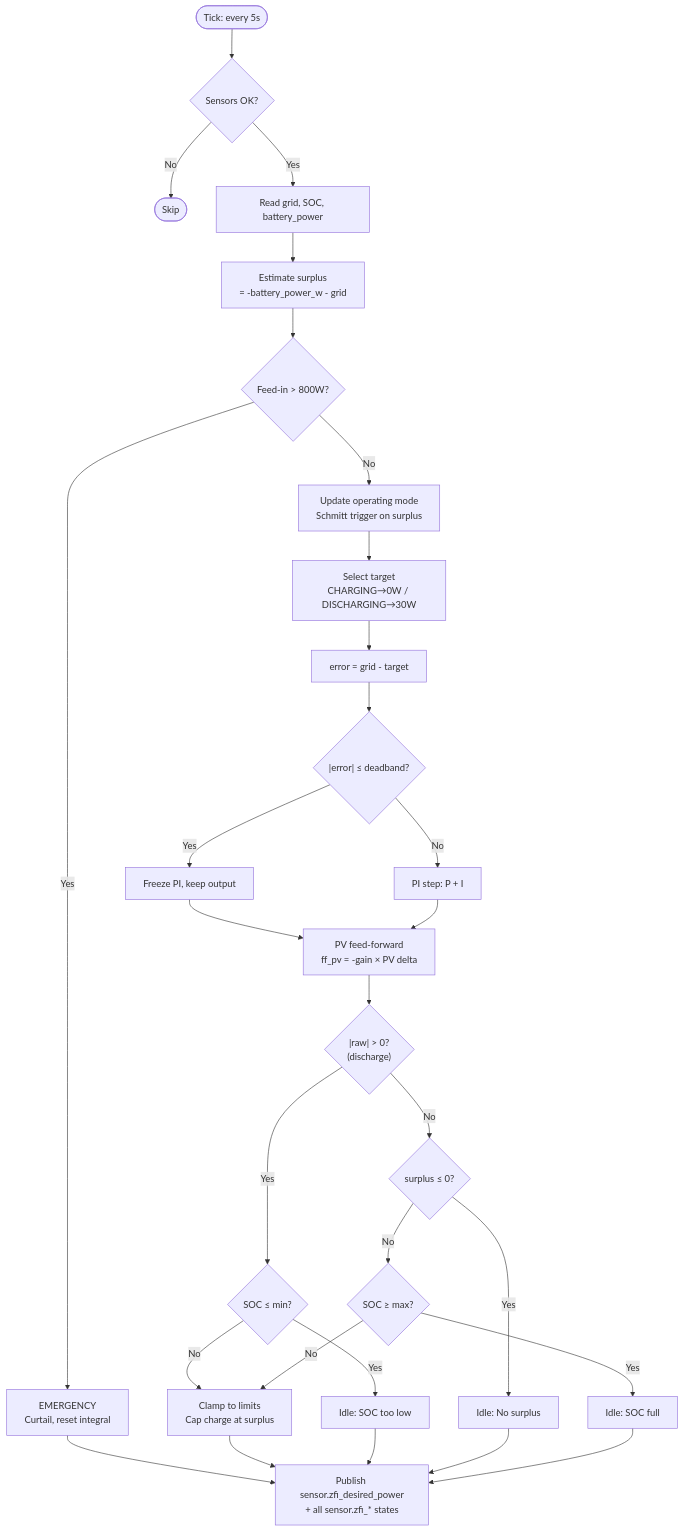
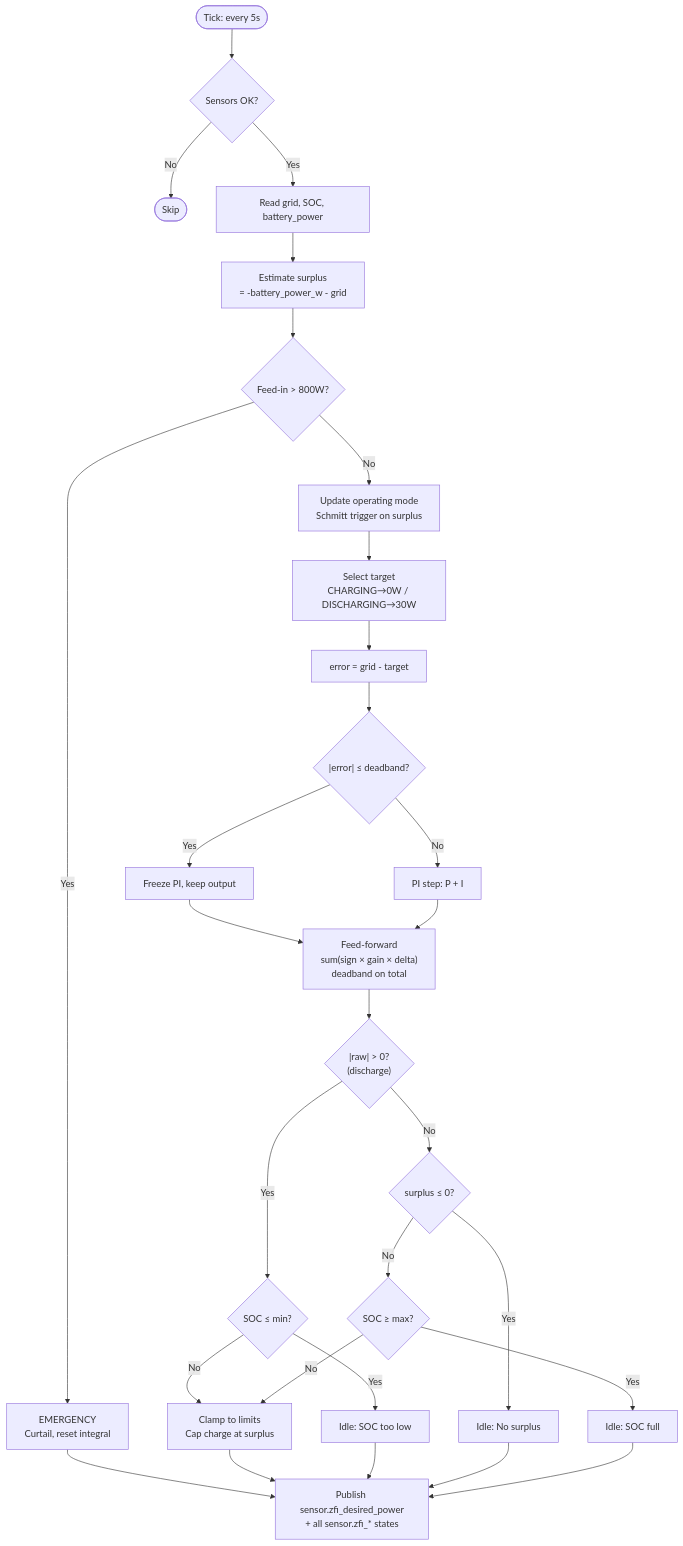
The first of 3 diagrams in docs/zero_feed_in_docs.md (steffenruehl/ha-zero-feed-in), drawn with Mermaid before and after one commit. The commit also changed other lines of this file and 5 other files, not shown here.

First line of the commit message:
Generalize feed-forward, add relay lockout anti-windup, halve PI gains

````diff
--- a/docs/zero_feed_in_docs.md
+++ b/docs/zero_feed_in_docs.md
@@ -273,43 +311,43 @@
 ```mermaid
 flowchart TD
     A([Tick: every 5s]) --> B{Sensors OK?}
     B -- No --> Z([Skip])
     B -- Yes --> C[Read grid, SOC, battery_power]
 
     C --> D["Estimate surplus<br>= -battery_power_w - grid"]
 
     D --> E{Feed-in > 800W?}
     E -- Yes --> F["EMERGENCY<br>Curtail, reset integral"]
     F --> PUB
 
     E -- No --> G[Update operating mode<br>Schmitt trigger on surplus]
     G --> H[Select target<br>CHARGING→0W / DISCHARGING→30W]
     H --> I["error = grid - target"]
 
     I --> J{"|error| ≤ deadband?"}
     J -- Yes --> K3["Freeze PI, keep output"]
     J -- No --> L["PI step: P + I"]
 
     K3 --> FF
-    L --> FF["PV feed-forward<br>ff_pv = -gain × PV delta"]
+    L --> FF["Feed-forward<br>sum(sign × gain × delta)<br>deadband on total"]
 
     FF --> N{"|raw| > 0?<br>(discharge)"}
     N -- Yes --> O{SOC ≤ min?}
     O -- Yes --> P["Idle: SOC too low"]
     O -- No --> CL
 
     N -- No --> R{surplus ≤ 0?}
     R -- Yes --> S["Idle: No surplus"]
     R -- No --> T{SOC ≥ max?}
     T -- Yes --> U["Idle: SOC full"]
     T -- No --> CL
 
     CL["Clamp to limits<br>Cap charge at surplus"]
 
     CL --> PUB
     P --> PUB
     S --> PUB
     U --> PUB
 
     PUB["Publish sensor.zfi_desired_power<br>+ all sensor.zfi_* states"]
 ```
````
